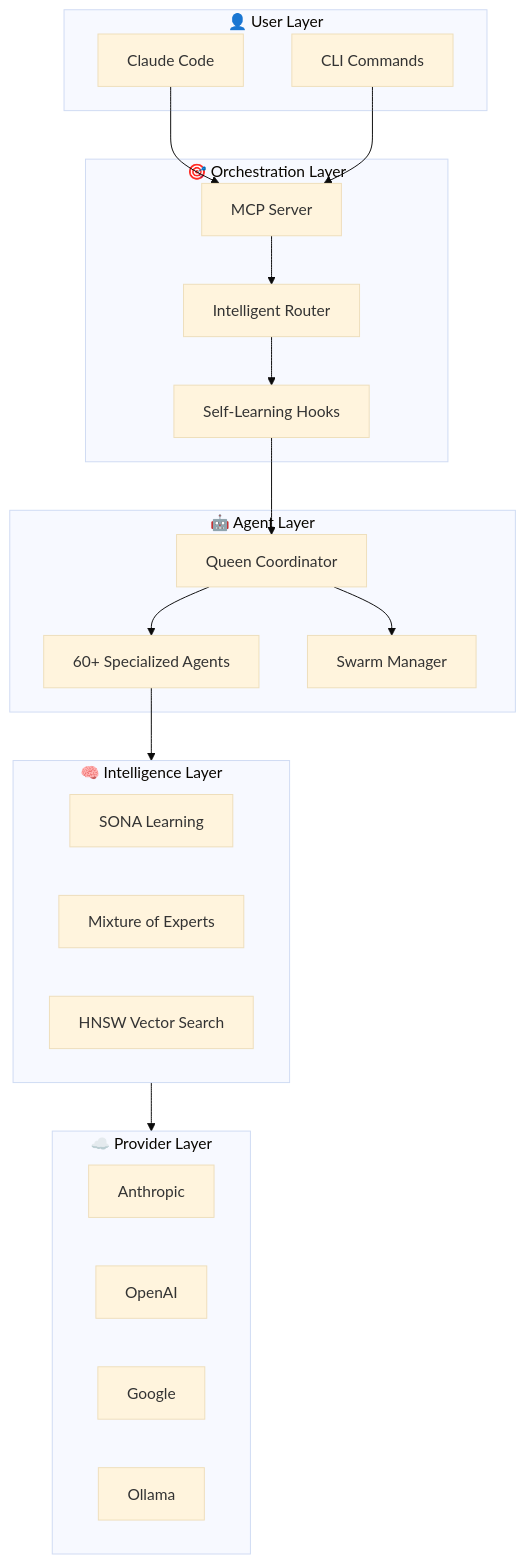
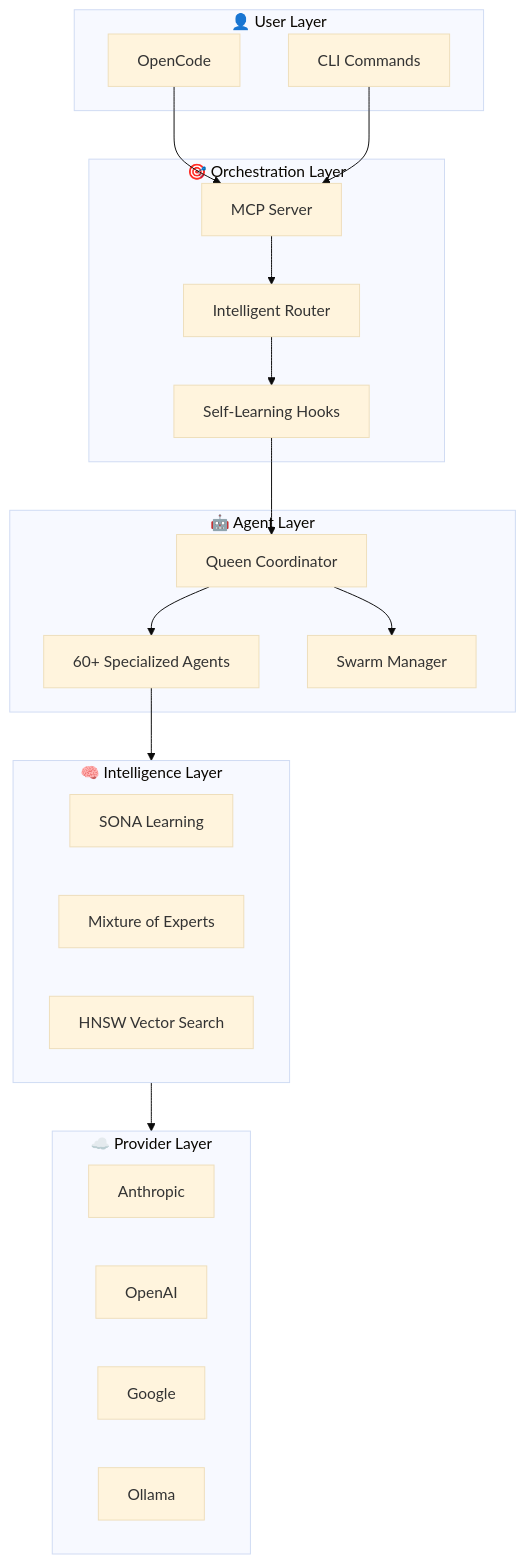
Before and after one commit to pedrocosta95/opencode-orchestrator: the second of 6 diagrams in README.md, drawn with Mermaid (base theme). The commit also changed other lines of this file and 1 other file, not shown here.

First line of the commit message:
docs: Update README and migration guide for OpenCode integration

````diff
--- a/README.md
+++ b/README.md
@@ -726,42 +726,42 @@
 ```mermaid
 flowchart TB
     subgraph User["👤 User Layer"]
-        CC[Claude Code]
+        CC[OpenCode]
         CLI[CLI Commands]
     end
 
     subgraph Orchestration["🎯 Orchestration Layer"]
         MCP[MCP Server]
         Router[Intelligent Router]
         Hooks[Self-Learning Hooks]
     end
 
     subgraph Agents["🤖 Agent Layer"]
         Queen[Queen Coordinator]
         Workers[60+ Specialized Agents]
         Swarm[Swarm Manager]
     end
 
     subgraph Intelligence["🧠 Intelligence Layer"]
         SONA[SONA Learning]
         MoE[Mixture of Experts]
         HNSW[HNSW Vector Search]
     end
 
     subgraph Providers["☁️ Provider Layer"]
         Anthropic[Anthropic]
         OpenAI[OpenAI]
         Google[Google]
         Ollama[Ollama]
     end
 
     CC --> MCP
     CLI --> MCP
     MCP --> Router
     Router --> Hooks
     Hooks --> Queen
     Queen --> Workers
     Queen --> Swarm
     Workers --> Intelligence
     Intelligence --> Providers
 ```
````
